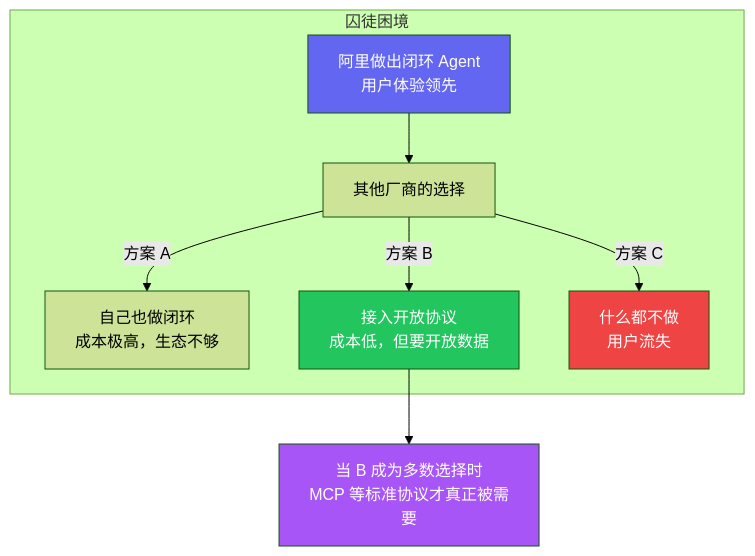
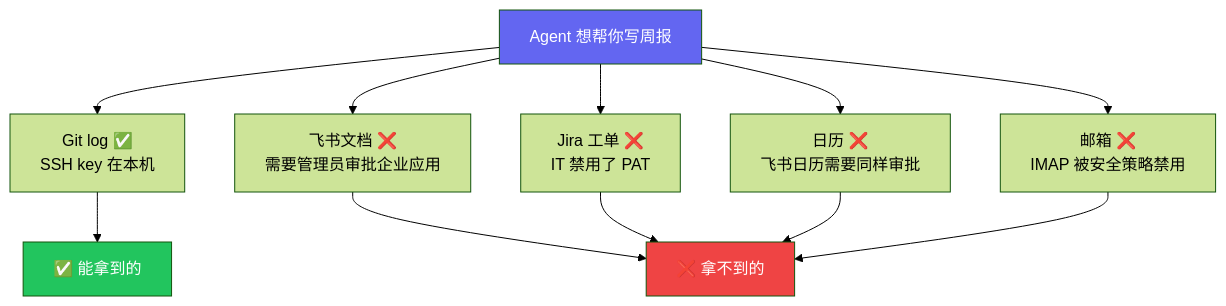
The fifth of 6 diagrams in content/zh/posts/agent-bottleneck-data-sovereignty.md (Trashwbin/quill), drawn with Mermaid (forest theme) before and after one commit. The commit also changed other lines of this file and 5 other files, not shown here.

````diff
--- a/content/zh/posts/agent-bottleneck-data-sovereignty.md
+++ b/content/zh/posts/agent-bottleneck-data-sovereignty.md
@@ -297,19 +147,20 @@
 ```mermaid
 graph TB
-    subgraph "囚徒困境"
-        Ali["阿里做出闭环 Agent<br/>用户体验领先"]
-        
-        Ali --> Choice["其他厂商的选择"]
-        
-        Choice -->|"方案 A"| A["自己也做闭环<br/>成本极高，生态不够"]
-        Choice -->|"方案 B"| B["接入开放协议<br/>成本低，但要开放数据"]
-        Choice -->|"方案 C"| C["什么都不做<br/>用户流失"]
-    end
+    Agent["Agent 想帮你写周报"]
     
-    B --> Result["当 B 成为多数选择时<br/>MCP 等标准协议才真正被需要"]
+    Agent --> Git["Git log ✅<br/>SSH key 在本机"]
+    Agent --> Feishu["飞书文档 ❌<br/>需要管理员审批企业应用"]
+    Agent --> Jira_t["Jira 工单 ❌<br/>IT 禁用了 PAT"]
+    Agent --> Cal["日历 ❌<br/>飞书日历需要同样审批"]
+    Agent --> Email["邮箱 ❌<br/>IMAP 被安全策略禁用"]
     
-    style Ali fill:#6366f1,color:#fff
-    style B fill:#22c55e,color:#fff
-    style C fill:#ef4444,color:#fff
-    style Result fill:#a855f7,color:#fff
+    Git --> OK["✅ 能拿到的"]
+    Feishu --> Blocked["❌ 拿不到的"]
+    Jira_t --> Blocked
+    Cal --> Blocked
+    Email --> Blocked
+    
+    style Agent fill:#6366f1,color:#fff
+    style OK fill:#22c55e,color:#fff
+    style Blocked fill:#ef4444,color:#fff
 ```
````
